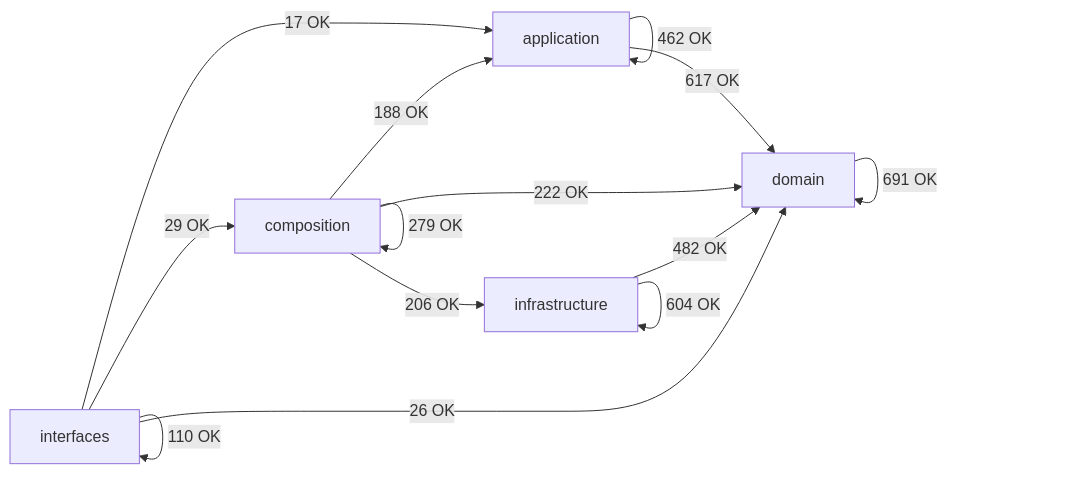
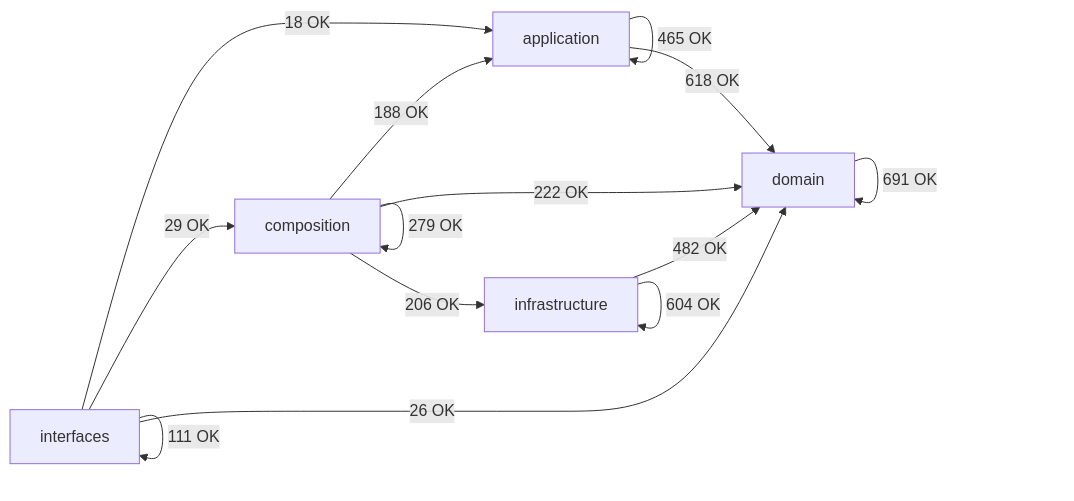
Before and after one commit to SatoryKono/BioactivityDataAcquisition: the diagram in docs/02-architecture/generated/module-dependency-map.md, drawn with Mermaid. The commit also changed other lines of this file and 21 other files, not shown here.

````diff
--- a/docs/02-architecture/generated/module-dependency-map.md
+++ b/docs/02-architecture/generated/module-dependency-map.md
@@ -16,21 +16,21 @@
 ```mermaid
 flowchart LR
     domain[domain]
     application[application]
     infrastructure[infrastructure]
     composition[composition]
     interfaces[interfaces]
-    application -->|462 OK| application
-    application -->|617 OK| domain
+    application -->|465 OK| application
+    application -->|618 OK| domain
     composition -->|188 OK| application
     composition -->|279 OK| composition
     composition -->|222 OK| domain
     composition -->|206 OK| infrastructure
     domain -->|691 OK| domain
     infrastructure -->|482 OK| domain
     infrastructure -->|604 OK| infrastructure
-    interfaces -->|17 OK| application
+    interfaces -->|18 OK| application
     interfaces -->|29 OK| composition
     interfaces -->|26 OK| domain
-    interfaces -->|110 OK| interfaces
+    interfaces -->|111 OK| interfaces
 ```
````
